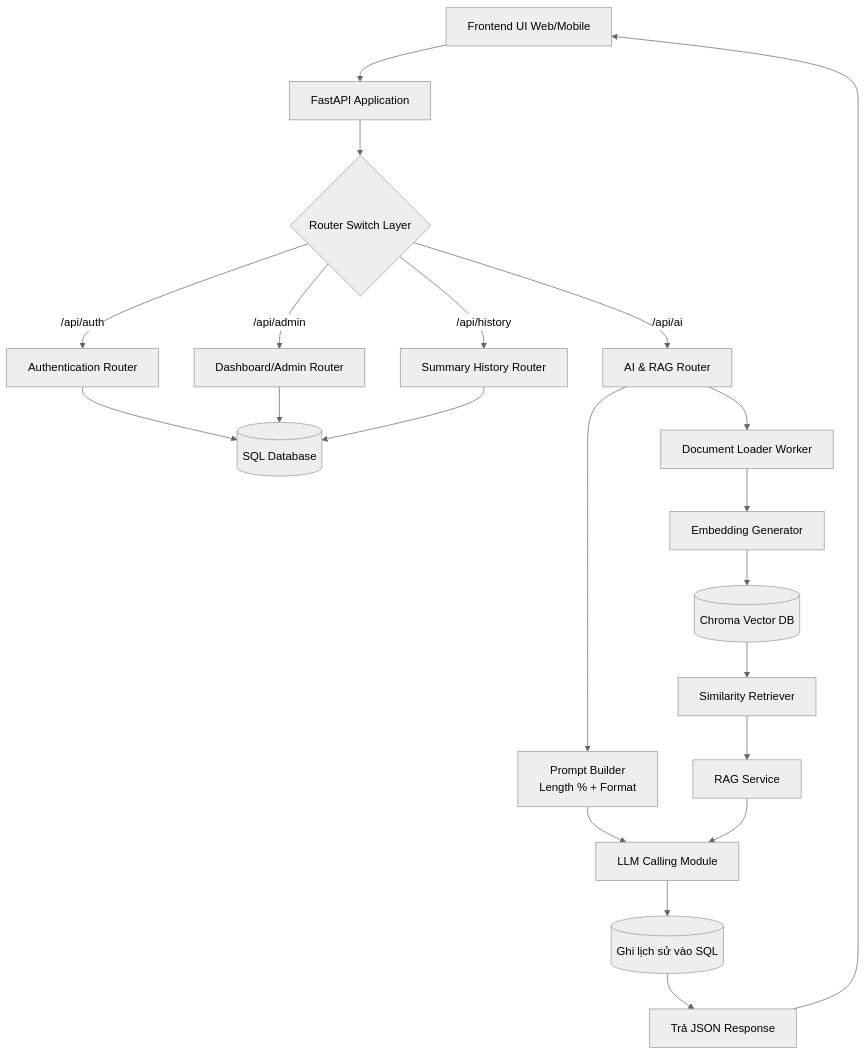
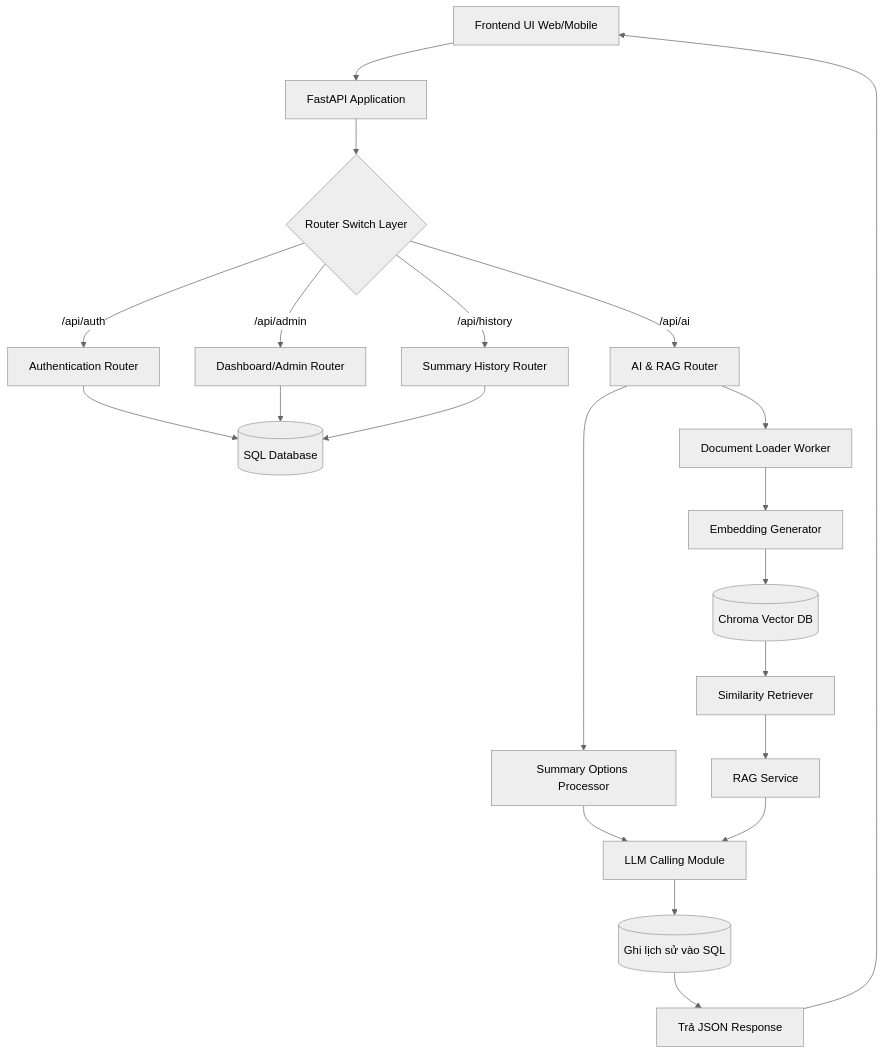
The fifth of 6 diagrams in README.md (kienng221105/Summarize-Vietnamese-Text), drawn with Mermaid (neutral theme) before and after one commit. The commit also changed other lines of this file and 42 other files, not shown here.

````diff
--- a/README.md
+++ b/README.md
@@ -184,45 +161,45 @@
 ```mermaid
 flowchart TD
 
   UI[Frontend UI Web/Mobile]
 
   UI --> API[FastAPI Application]
 
   API --> M{Router Switch Layer}
 
   M -->|/api/auth| AuthC[Authentication Router]
 
   M -->|/api/admin| AdminC[Dashboard/Admin Router]
 
   M -->|/api/history| ChatC[Summary History Router]
 
   M -->|/api/ai| AIC[AI & RAG Router]
 
   AuthC --> PG[(SQL Database)]
 
   AdminC --> PG
 
   ChatC --> PG
 
   AIC --> File[Document Loader Worker]
 
   File --> Embed[Embedding Generator]
 
   Embed --> VDB[(Chroma Vector DB)]
 
   VDB --> Ret[Similarity Retriever]
 
   Ret --> RAG[RAG Service]
 
-  AIC --> Prompt[Prompt Builder<br/>Length % + Format]
+  AIC --> Opt[Summary Options Processor]
 
-  Prompt --> LLM[LLM Calling Module]
+  Opt --> LLM[LLM Calling Module]
 
   RAG --> LLM
 
   LLM --> SaveDB[(Ghi lịch sử vào SQL)]
 
   SaveDB --> Res[Trả JSON Response]
 
   Res --> UI
 ```
````
